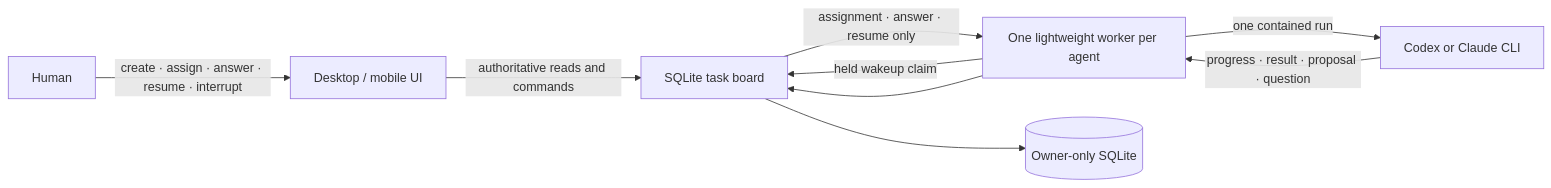
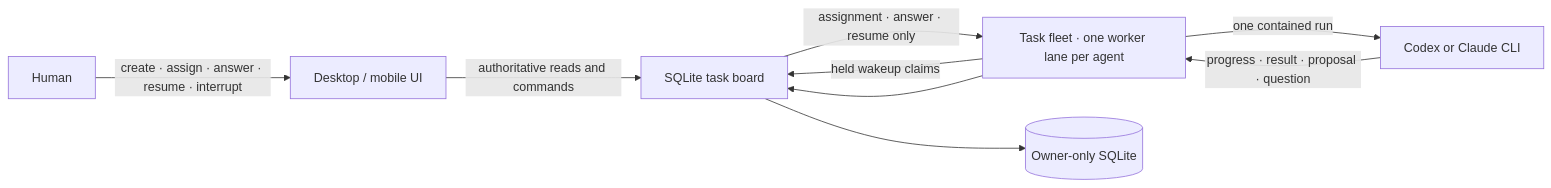
Before and after one commit to jsongga/nexus-seventeen: the diagram in README.md, drawn with Mermaid. The commit also changed other lines of this file and 41 other files, not shown here.

````diff
--- a/README.md
+++ b/README.md
@@ -29,11 +30,11 @@
 ```mermaid
 flowchart LR
     HUMAN[Human] -->|create · assign · answer · resume · interrupt| UI[Desktop / mobile UI]
     UI -->|authoritative reads and commands| BOARD[SQLite task board]
-    WORKER[One lightweight worker per agent] -->|held wakeup claim| BOARD
-    BOARD -->|assignment · answer · resume only| WORKER
-    WORKER -->|one contained run| MODEL[Codex or Claude CLI]
-    MODEL -->|progress · result · proposal · question| WORKER
-    WORKER --> BOARD
+    FLEET[Task fleet · one worker lane per agent] -->|held wakeup claims| BOARD
+    BOARD -->|assignment · answer · resume only| FLEET
+    FLEET -->|one contained run| MODEL[Codex or Claude CLI]
+    MODEL -->|progress · result · proposal · question| FLEET
+    FLEET --> BOARD
     BOARD --> DB[(Owner-only SQLite)]
 ```
````
